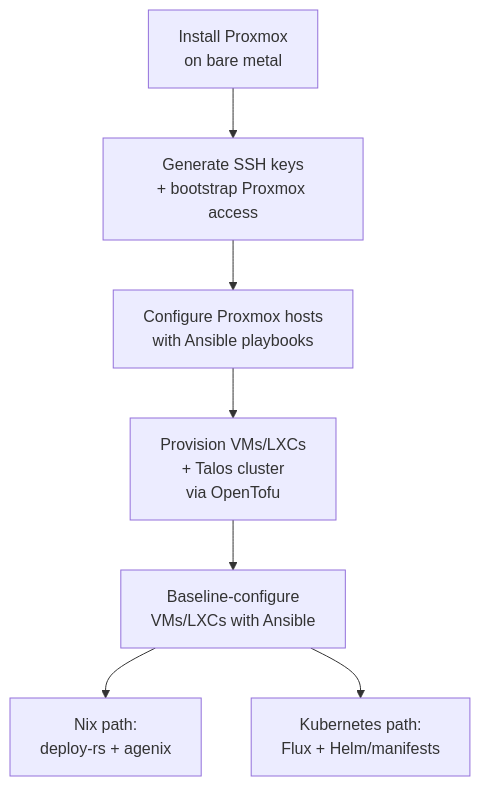
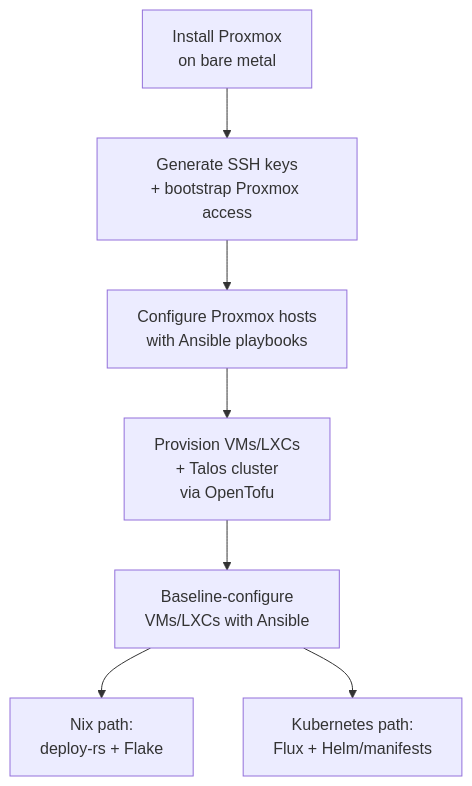
One commit to MurtadhaInit/homelab changed the diagram in README.md. Above: the diagram before and after it, drawn with Mermaid. The commit also changed other lines of this file, not shown here.

````diff
--- a/README.md
+++ b/README.md
@@ -143,9 +141,9 @@
 ```mermaid
 flowchart TD
     A[Install Proxmox<br/>on bare metal] --> B[Generate SSH keys<br/>+ bootstrap Proxmox access]
     B --> C[Configure Proxmox hosts<br/>with Ansible playbooks]
     C --> D[Provision VMs/LXCs<br/>+ Talos cluster<br/>via OpenTofu]
     D --> E[Baseline-configure<br/>VMs/LXCs with Ansible]
-    E --> F1[Nix path:<br/>deploy-rs + agenix]
+    E --> F1[Nix path:<br/>deploy-rs + Flake]
     E --> F2[Kubernetes path:<br/>Flux + Helm/manifests]
 ```
````
